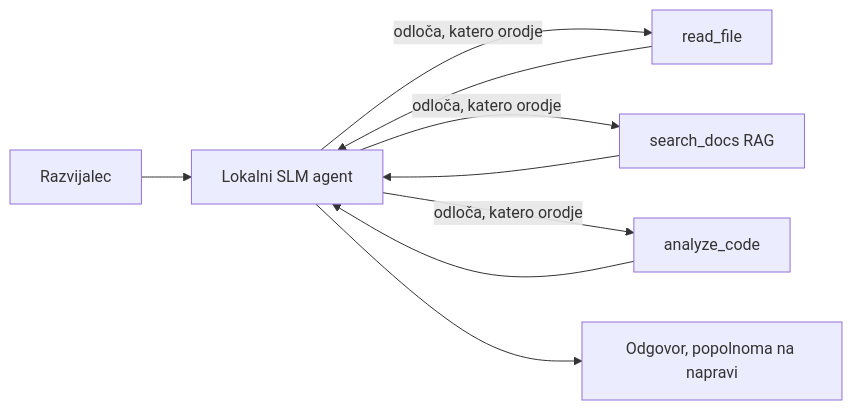
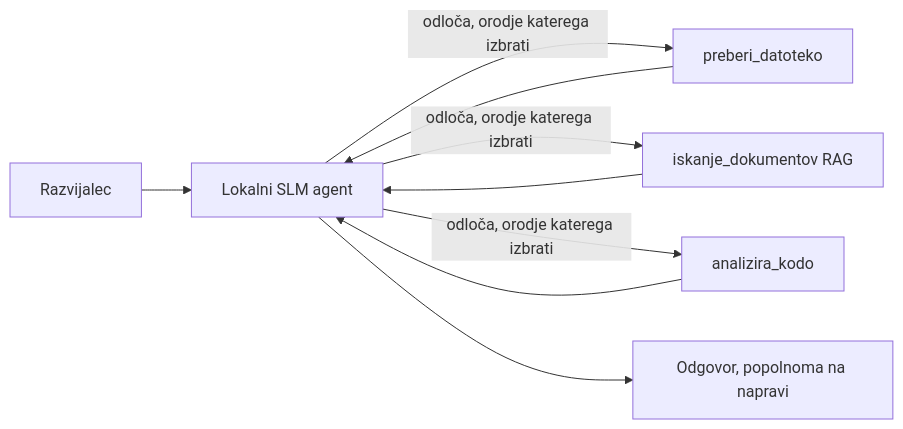
The first of 4 diagrams in translations/sl/17-creating-local-ai-agents/README.md (microsoft/ai-agents-for-beginners), drawn with Mermaid before and after one commit. The commit also changed other lines of this file and 47 other files, not shown here.

````diff
--- a/translations/sl/17-creating-local-ai-agents/README.md
+++ b/translations/sl/17-creating-local-ai-agents/README.md
@@ -66,11 +66,11 @@
 ```mermaid
 flowchart LR
     U[Razvijalec] --> A[Lokalni SLM agent]
-    A -->|odloča, katero orodje| T1[read_file]
-    A -->|odloča, katero orodje| T2[search_docs RAG]
-    A -->|odloča, katero orodje| T3[analyze_code]
+    A -->|odloča, orodje katerega izbrati| T1[preberi_datoteko]
+    A -->|odloča, orodje katerega izbrati| T2[iskanje_dokumentov RAG]
+    A -->|odloča, orodje katerega izbrati| T3[analizira_kodo]
     T1 --> A
     T2 --> A
     T3 --> A
     A --> R[Odgovor, popolnoma na napravi]
 ```
````
